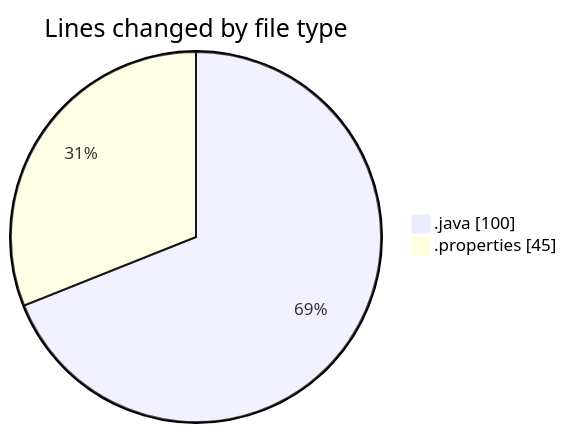
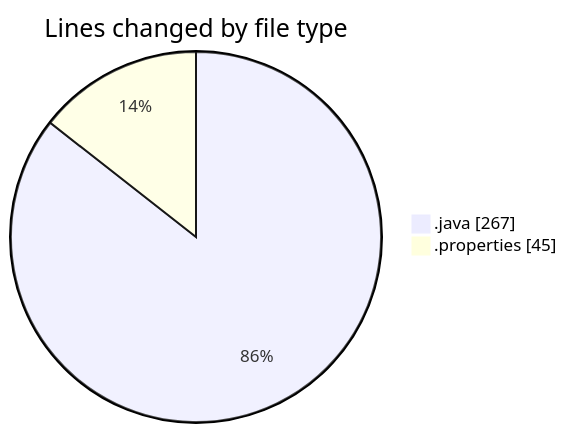
The first of 2 diagrams in 2026-03-03/cilapp/README.md (ricardozamudiocil/code-tracking), drawn with Mermaid before and after one commit. The commit also changed other lines of this file and 1 other file, not shown here.

````diff
--- a/2026-03-03/cilapp/README.md
+++ b/2026-03-03/cilapp/README.md
@@ -21,6 +21,6 @@
 ```mermaid
 pie showData
 title Lines changed by file type
-".java" : 100
+".java" : 267
 ".properties" : 45
 ```
````
